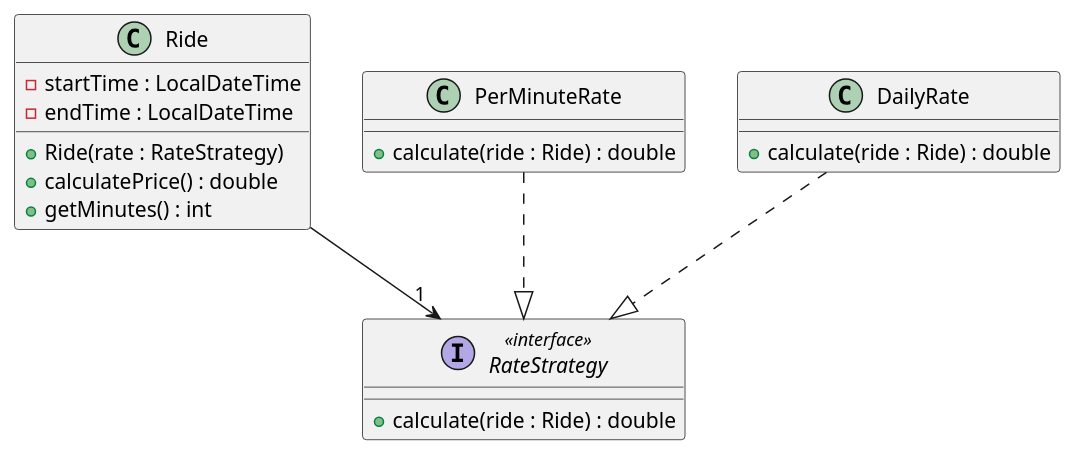
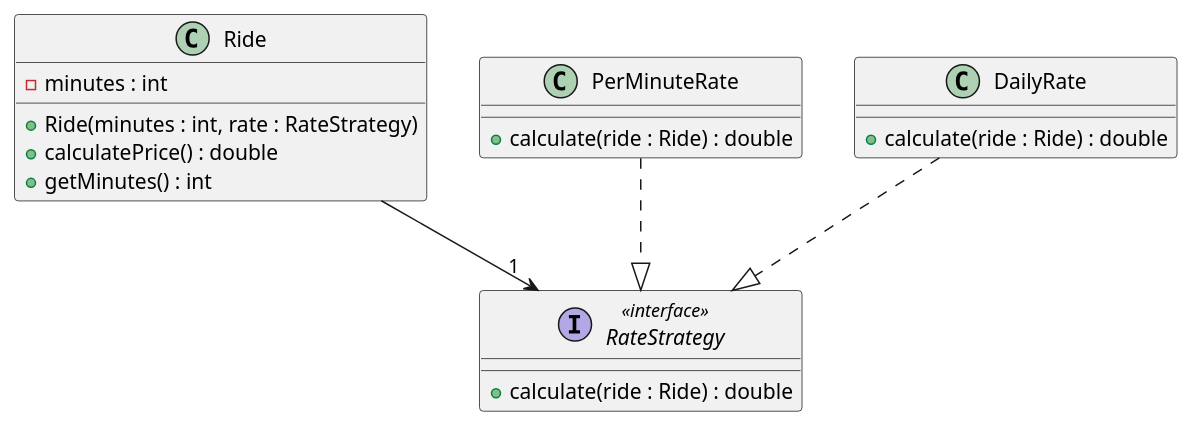
Before and after one commit to HAN-Craftsmanship-KL-JJG/oose-study: the first of 11 diagrams in app/patterns/_sections/the-patterns-on-one-page.mdx, drawn with PlantUML. The commit also changed 5 other files, not shown here.

Commit message:
feat: give the Strategy ride a plain length in minutes

````diff
--- a/app/patterns/_sections/the-patterns-on-one-page.mdx
+++ b/app/patterns/_sections/the-patterns-on-one-page.mdx
@@ -60,21 +60,20 @@
 ```plantuml
 class Ride {
-  -startTime : LocalDateTime
-  -endTime : LocalDateTime
-  +Ride(rate : RateStrategy)
+  -minutes : int
+  +Ride(minutes : int, rate : RateStrategy)
   +calculatePrice() : double
   +getMinutes() : int
 }
 interface RateStrategy <<interface>> {
   +calculate(ride : Ride) : double
 }
 class PerMinuteRate {
   +calculate(ride : Ride) : double
 }
 class DailyRate {
   +calculate(ride : Ride) : double
 }
 Ride --> "1" RateStrategy
 PerMinuteRate ..|> RateStrategy
 DailyRate ..|> RateStrategy
 ```
````
